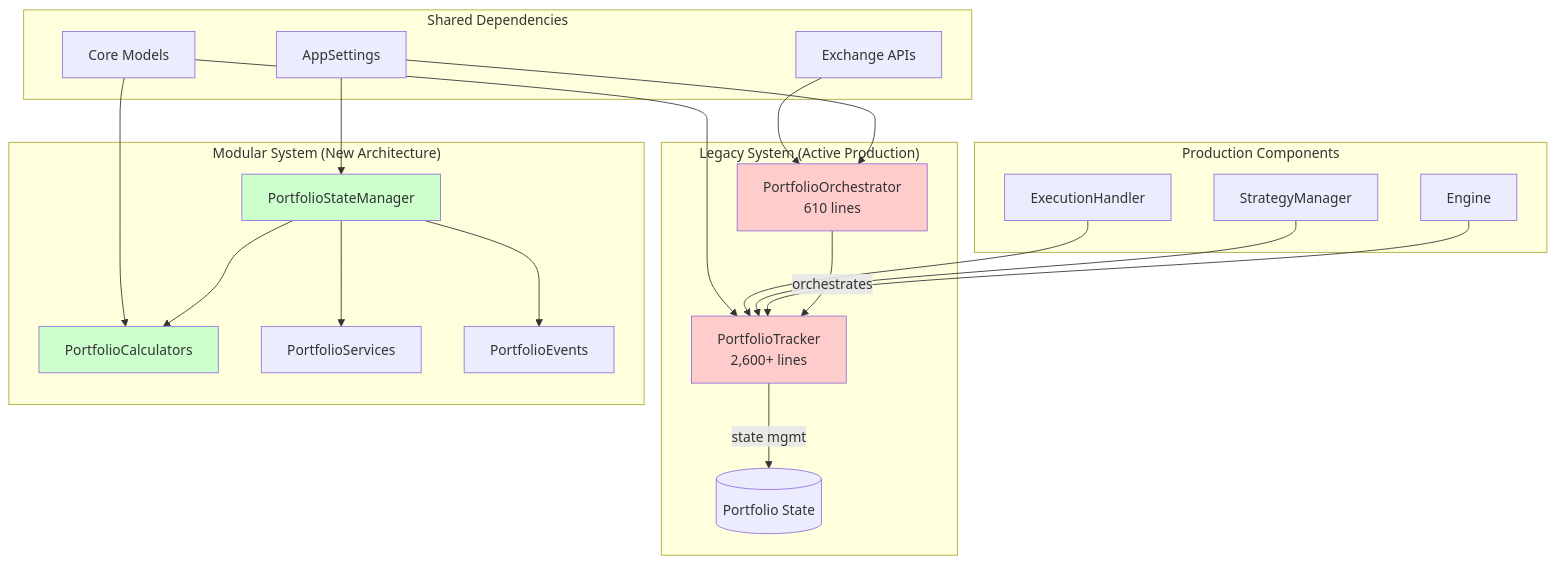
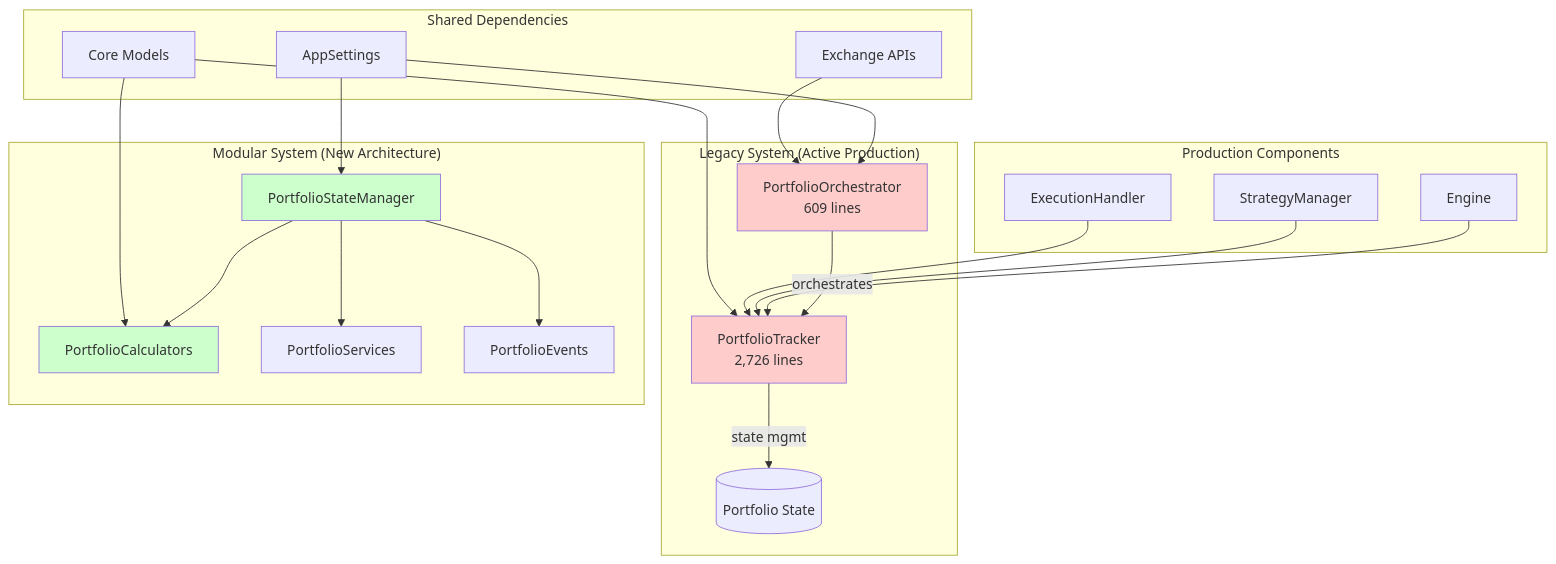
One commit to plataplomo/hummingbot changed the first of 9 diagrams in workflow/portfolio_tracker_cleanup_refactor/01_first_look.md. Above: the diagram before and after it, drawn with Mermaid. The commit also changed other lines of this file and 275 other files, not shown here.

First line of the commit message:
Refactor and enhance portfolio management system with modular architecture (#51)

````diff
--- a/workflow/portfolio_tracker_cleanup_refactor/01_first_look.md
+++ b/workflow/portfolio_tracker_cleanup_refactor/01_first_look.md
@@ -21,48 +23,48 @@
 ```mermaid
 graph TB
     subgraph "Legacy System (Active Production)"
-        PO[PortfolioOrchestrator<br/>610 lines]
-        PT[PortfolioTracker<br/>2,600+ lines]
+        PO[PortfolioOrchestrator<br/>609 lines]
+        PT[PortfolioTracker<br/>2,726 lines]
 
         PO -->|orchestrates| PT
         PT -->|state mgmt| DB[(Portfolio State)]
     end
 
     subgraph "Modular System (New Architecture)"
         PSM[PortfolioStateManager]
         PC[PortfolioCalculators]
         PS[PortfolioServices]
         PE[PortfolioEvents]
 
         PSM --> PC
         PSM --> PS
         PSM --> PE
     end
 
     subgraph "Shared Dependencies"
         CONFIG[AppSettings]
         MODELS[Core Models]
         APIS[Exchange APIs]
     end
 
     subgraph "Production Components"
         ENGINE[Engine]
         STRAT[StrategyManager]
         EXEC[ExecutionHandler]
 
         ENGINE --> PT
         STRAT --> PT
         EXEC --> PT
     end
 
     CONFIG --> PO
     CONFIG --> PSM
     MODELS --> PT
     MODELS --> PC
     APIS --> PO
 
     style PT fill:#ffcccc
     style PO fill:#ffcccc
     style PSM fill:#ccffcc
     style PC fill:#ccffcc
 ```
````
